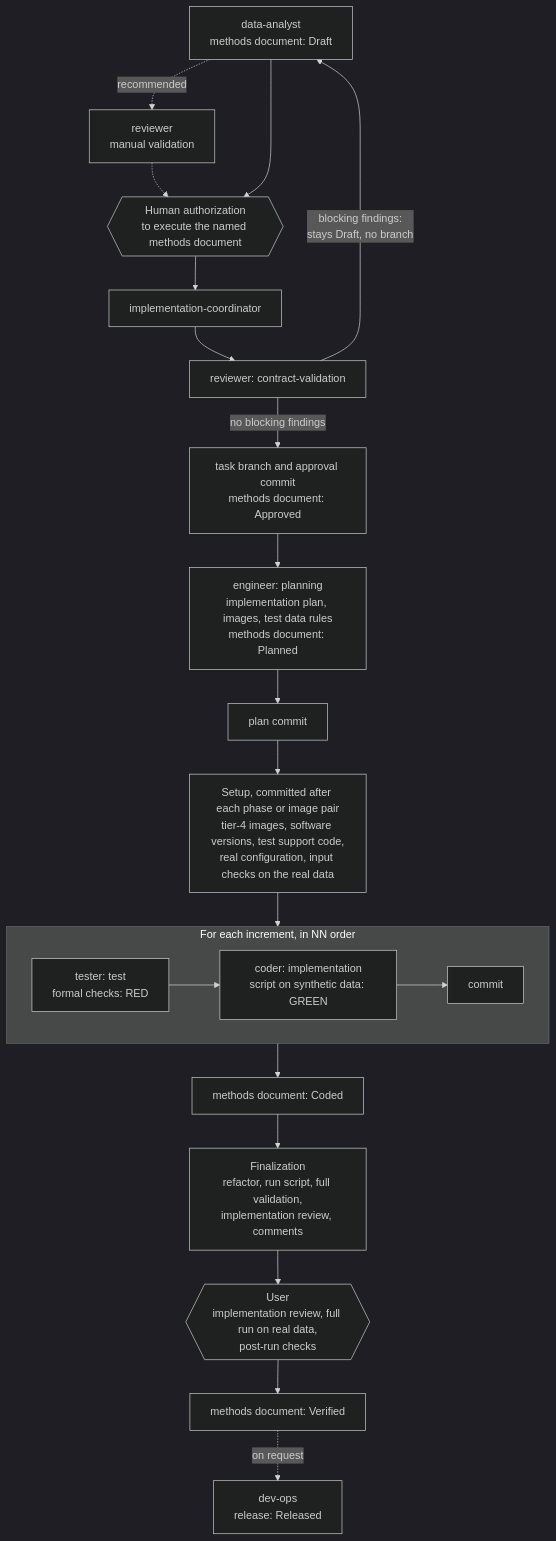
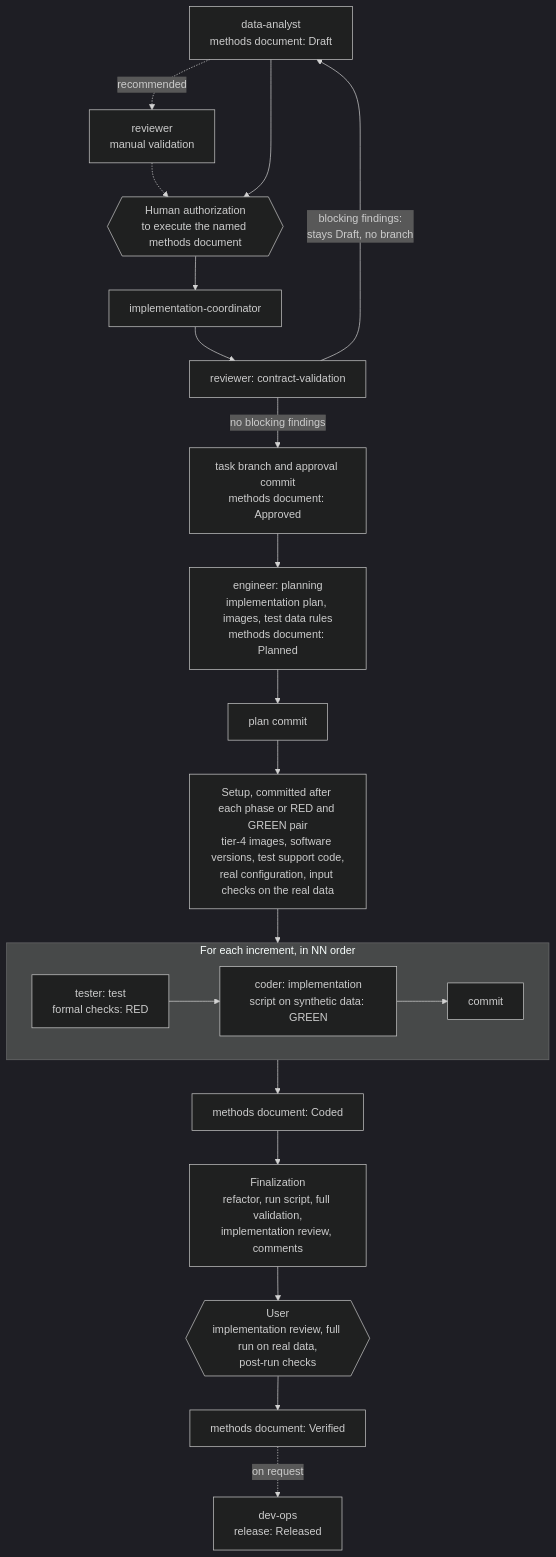
The second of 2 diagrams in README.md (yocra3/AI_agents), drawn with Mermaid (dark theme) before and after one commit. The commit also changed other lines of this file and 88 other files, not shown here.

````diff
--- a/README.md
+++ b/README.md
@@ -111,23 +112,23 @@
 ```mermaid
 flowchart TD
     DA["data-analyst<br/>methods document: Draft"] -. recommended .-> MV["reviewer<br/>manual validation"]
     MV -.-> HA
     DA --> HA{{"Human authorization<br/>to execute the named methods document"}}
     HA --> IC["implementation-coordinator"]
     IC --> RV["reviewer: contract-validation"]
     RV -- "blocking findings:<br/>stays Draft, no branch" --> DA
     RV -- "no blocking findings" --> AP["task branch and approval commit<br/>methods document: Approved"]
     AP --> EN["engineer: planning<br/>implementation plan, images, test data rules<br/>methods document: Planned"]
     EN --> PC["plan commit"]
-    PC --> SE["Setup, committed after each phase or image pair<br/>tier-4 images, software versions, test support code,<br/>real configuration, input checks on the real data"]
+    PC --> SE["Setup, committed after each phase or RED and GREEN pair<br/>tier-4 images, software versions, test support code,<br/>real configuration, input checks on the real data"]
     SE --> INC
     subgraph INC ["For each increment, in NN order"]
         direction LR
         T["tester: test<br/>formal checks: RED"] --> C["coder: implementation<br/>script on synthetic data: GREEN"] --> CM["commit"]
     end
     INC --> CO["methods document: Coded"]
     CO --> FI["Finalization<br/>refactor, run script, full validation,<br/>implementation review, comments"]
     FI --> US{{"User<br/>implementation review, full run on real data,<br/>post-run checks"}}
     US --> VE["methods document: Verified"]
     VE -. on request .-> DO["dev-ops<br/>release: Released"]
 ```
````
